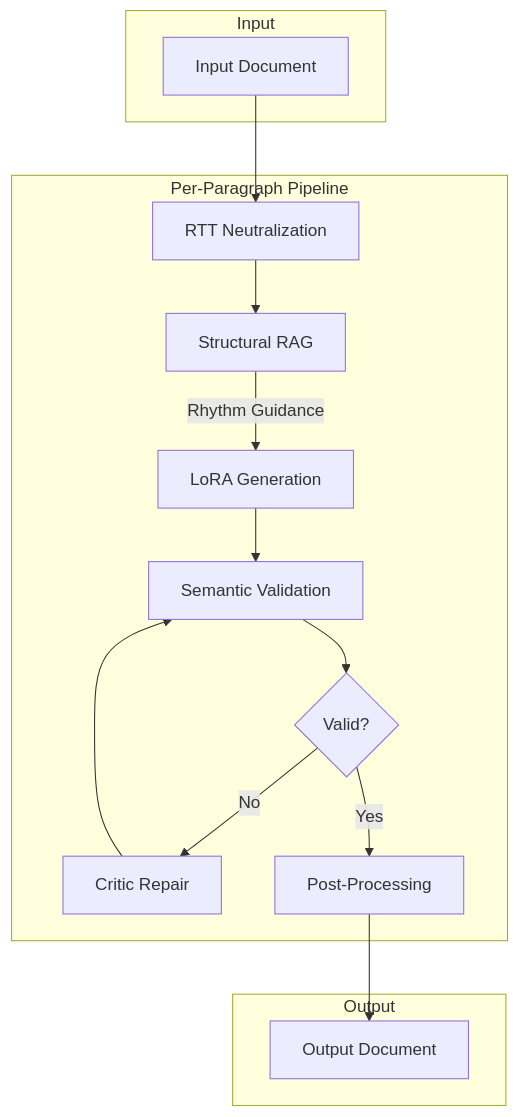
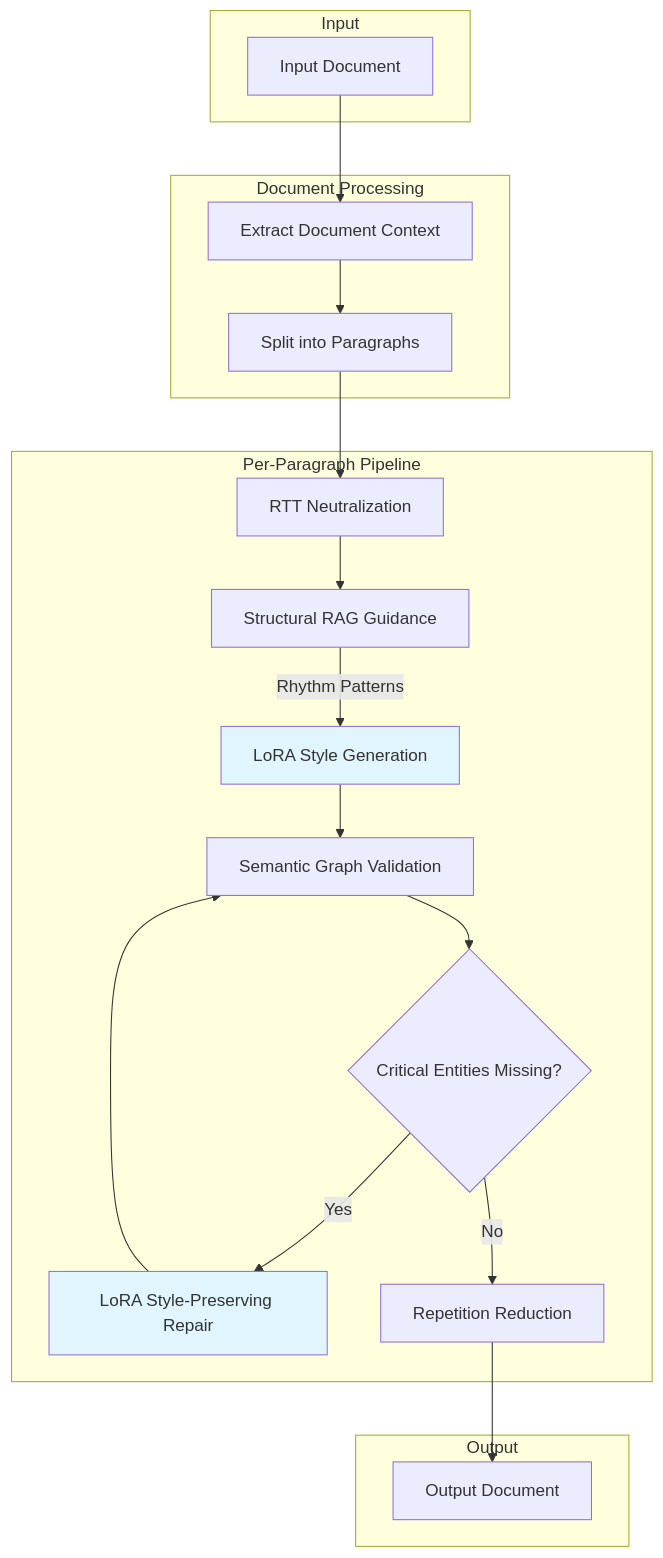
The second of 5 diagrams in README.md (yogthos/revenant), drawn with Mermaid before and after one commit. The commit also changed other lines of this file and 1 other file, not shown here.

Commit message:
add architecture doc

````diff
--- a/README.md
+++ b/README.md
@@ -249,30 +266,40 @@
 ```mermaid
 flowchart TD
     subgraph Input
         A[Input Document]
     end
 
+    subgraph "Document Processing"
+        B[Extract Document Context]
+        C[Split into Paragraphs]
+    end
+
     subgraph "Per-Paragraph Pipeline"
-        B[RTT Neutralization]
-        C[Structural RAG]
-        D[LoRA Generation]
-        E[Semantic Validation]
-        F{Valid?}
-        G[Critic Repair]
-        H[Post-Processing]
+        D[RTT Neutralization]
+        E[Structural RAG Guidance]
+        F[LoRA Style Generation]
+        G[Semantic Graph Validation]
+        H{Critical Entities Missing?}
+        I[LoRA Style-Preserving Repair]
+        J[Repetition Reduction]
     end
 
     subgraph Output
-        I[Output Document]
+        K[Output Document]
     end
 
     A --> B
     B --> C
-    C -->|Rhythm Guidance| D
+    C --> D
     D --> E
-    E --> F
-    F -->|No| G
-    G --> E
-    F -->|Yes| H
-    H --> I
+    E -->|Rhythm Patterns| F
+    F --> G
+    G --> H
+    H -->|Yes| I
+    I --> G
+    H -->|No| J
+    J --> K
+
+    style I fill:#e1f5fe
+    style F fill:#e1f5fe
 ```
````
